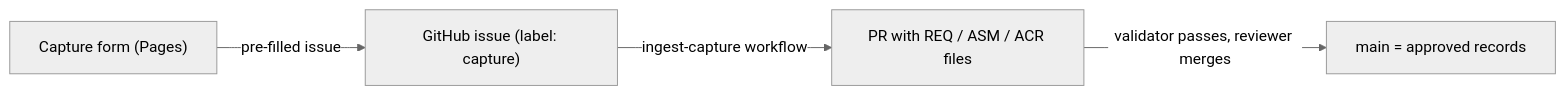
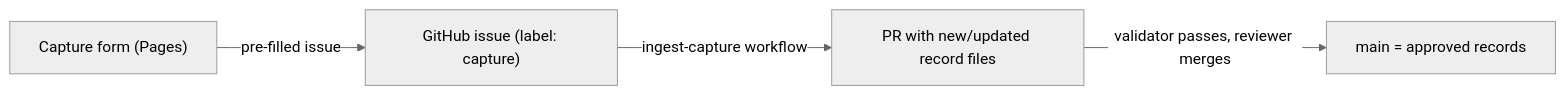
Before and after one commit to jvanheerikhuize/asdlc-meta-specs: the second of 2 diagrams in README.md, drawn with Mermaid (neutral theme). The commit also changed other lines of this file and 17 other files, not shown here.

````diff
--- a/README.md
+++ b/README.md
@@ -103,6 +103,6 @@
 ```mermaid
 flowchart LR
     F["Capture form (Pages)"] -->|"pre-filled issue"| I["GitHub issue (label: capture)"]
-    I -->|"ingest-capture workflow"| P["PR with REQ / ASM / ACR files"]
+    I -->|"ingest-capture workflow"| P["PR with new/updated record files"]
     P -->|"validator passes, reviewer merges"| M["main = approved records"]
 ```
````
